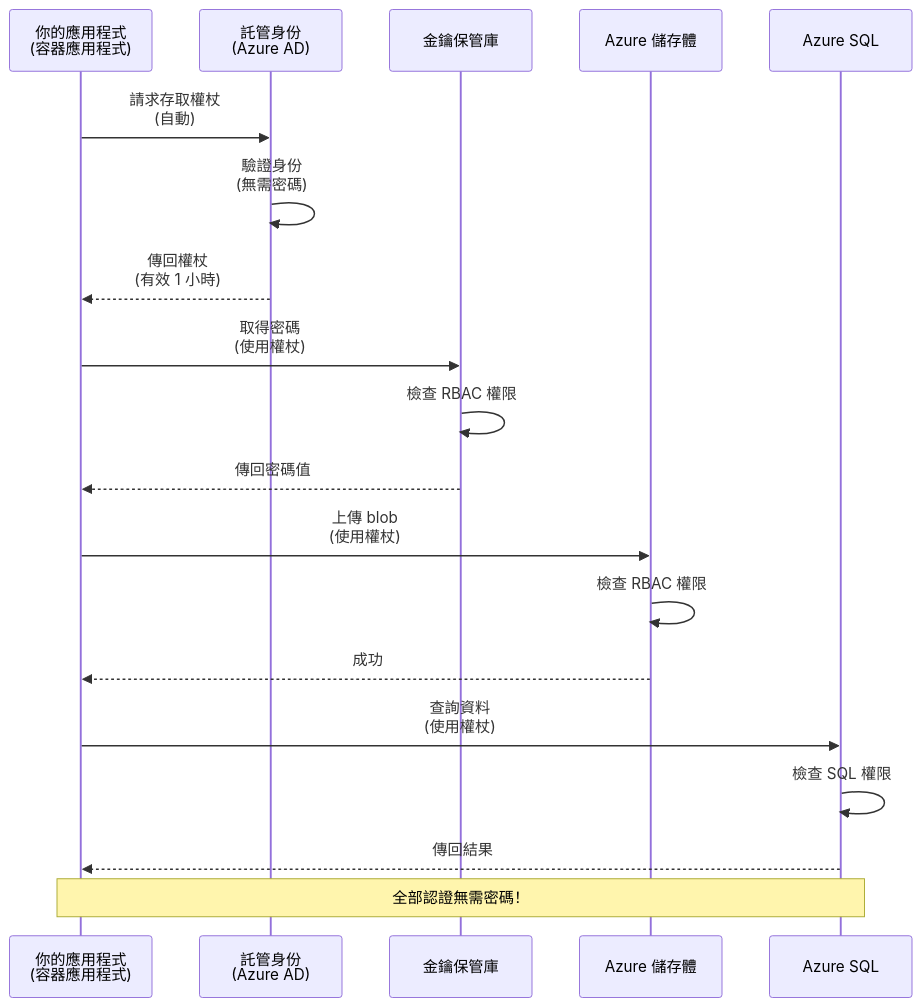
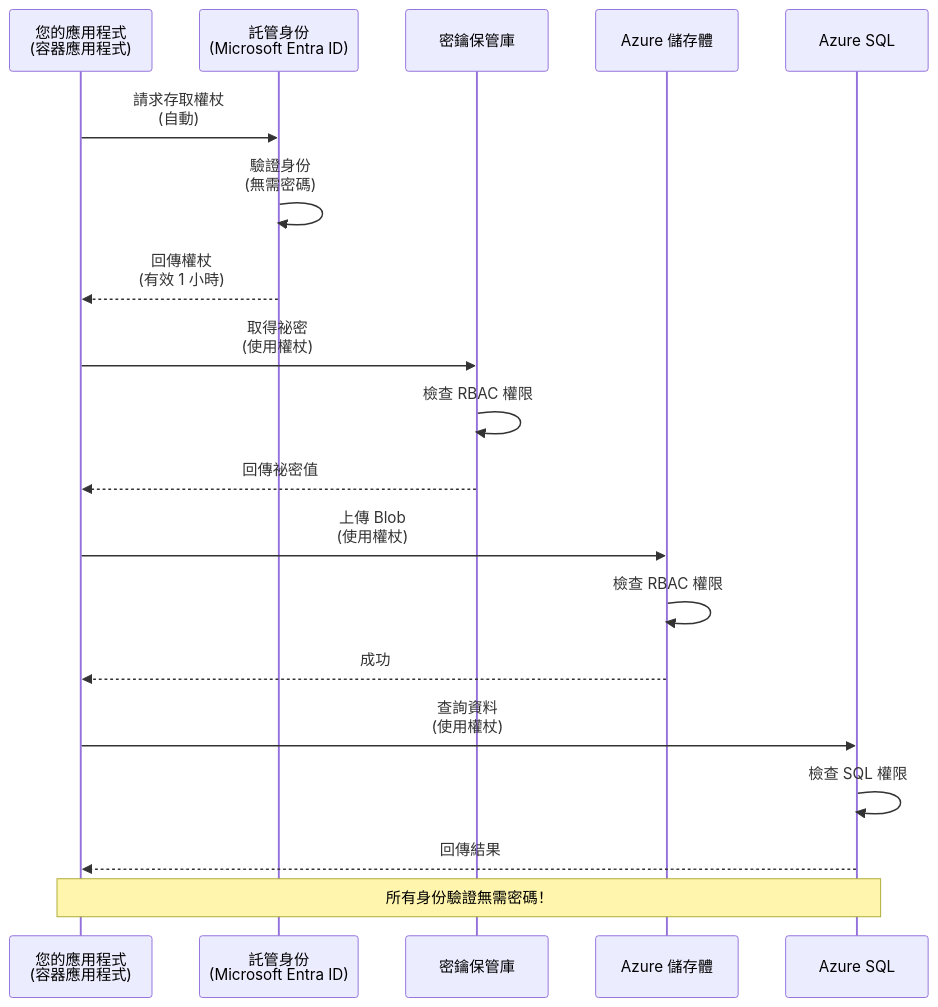
The first of 2 diagrams in translations/zh-HK/docs/chapter-03-configuration/authsecurity.md (microsoft/AZD-for-beginners), drawn with Mermaid before and after one commit. The commit also changed other lines of this file and 104 other files, not shown here.

````diff
--- a/translations/zh-HK/docs/chapter-03-configuration/authsecurity.md
+++ b/translations/zh-HK/docs/chapter-03-configuration/authsecurity.md
@@ -69,26 +69,26 @@
 ```mermaid
 sequenceDiagram
-    participant App as 你的應用程式<br/>(容器應用程式)
-    participant MI as 託管身份<br/>(Azure AD)
-    participant KV as 金鑰保管庫
+    participant App as 您的應用程式<br/>(容器應用程式)
+    participant MI as 託管身份<br/>(Microsoft Entra ID)
+    participant KV as 密鑰保管庫
     participant Storage as Azure 儲存體
     participant DB as Azure SQL
     
     App->>MI: 請求存取權杖<br/>(自動)
     MI->>MI: 驗證身份<br/>(無需密碼)
-    MI-->>App: 傳回權杖<br/>(有效 1 小時)
+    MI-->>App: 回傳權杖<br/>(有效 1 小時)
     
-    App->>KV: 取得密碼<br/>(使用權杖)
+    App->>KV: 取得祕密<br/>(使用權杖)
     KV->>KV: 檢查 RBAC 權限
-    KV-->>App: 傳回密碼值
+    KV-->>App: 回傳祕密值
     
-    App->>Storage: 上傳 blob<br/>(使用權杖)
+    App->>Storage: 上傳 Blob<br/>(使用權杖)
     Storage->>Storage: 檢查 RBAC 權限
     Storage-->>App: 成功
     
     App->>DB: 查詢資料<br/>(使用權杖)
     DB->>DB: 檢查 SQL 權限
-    DB-->>App: 傳回結果
+    DB-->>App: 回傳結果
     
-    Note over App,DB: 全部認證無需密碼！
+    Note over App,DB: 所有身份驗證無需密碼！
 ```
````
